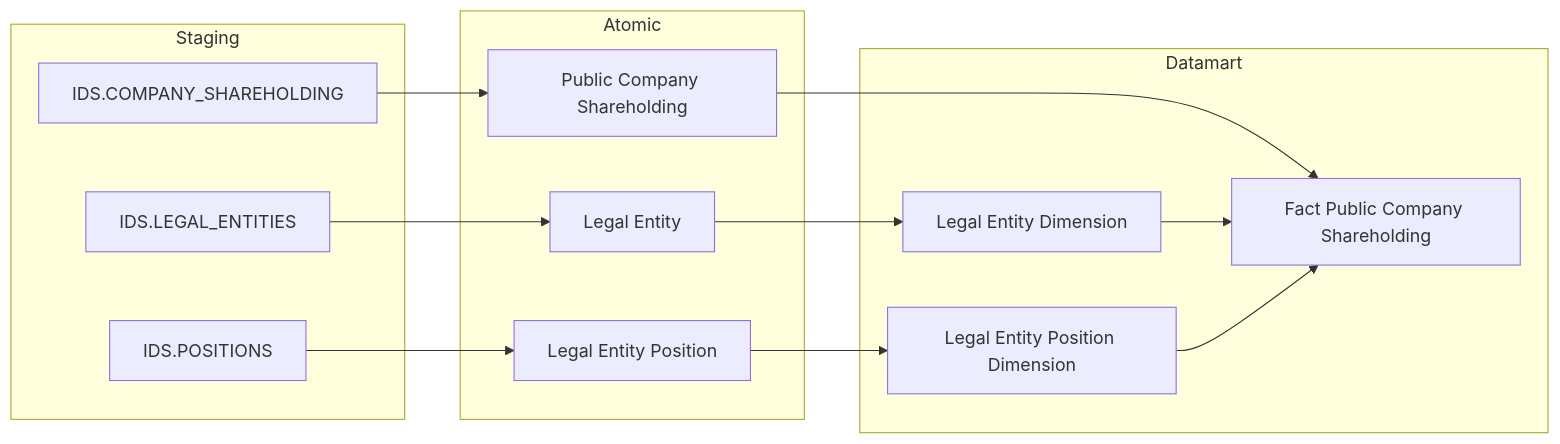
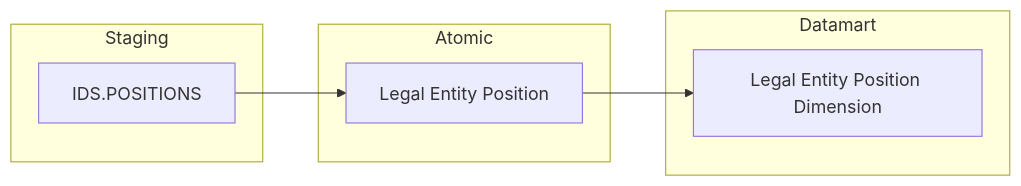
The fourth of 57 diagrams in Datamart/hld/DTM_GSTT_HLD.md (linhlvit/ubck_atomic_design), drawn with Mermaid before and after one commit. The commit also changed other lines of this file and 70 other files, not shown here.

````diff
--- a/Datamart/hld/DTM_GSTT_HLD.md
+++ b/Datamart/hld/DTM_GSTT_HLD.md
@@ -117,26 +117,14 @@
 ```mermaid
 flowchart LR
     subgraph SRC["Staging"]
-        S3A["IDS.COMPANY_SHAREHOLDING"]
         S3B["IDS.POSITIONS"]
-        S3C["IDS.LEGAL_ENTITIES"]
     end
     subgraph SIL["Atomic"]
-        A3A["Public Company Shareholding"]
         A3B["Legal Entity Position"]
-        A3C["Legal Entity"]
     end
     subgraph GOLD["Datamart"]
-        fct_public_company_shareholding["Fact Public Company Shareholding"]
-        legal_entity_dim["Legal Entity Dimension"]
         legal_entity_position_dim["Legal Entity Position Dimension"]
     end
-    S3A --> A3A
     S3B --> A3B
-    S3C --> A3C
-    A3A --> fct_public_company_shareholding
-    A3C --> legal_entity_dim
     A3B --> legal_entity_position_dim
-    legal_entity_dim --> fct_public_company_shareholding
-    legal_entity_position_dim --> fct_public_company_shareholding
 ```
````
